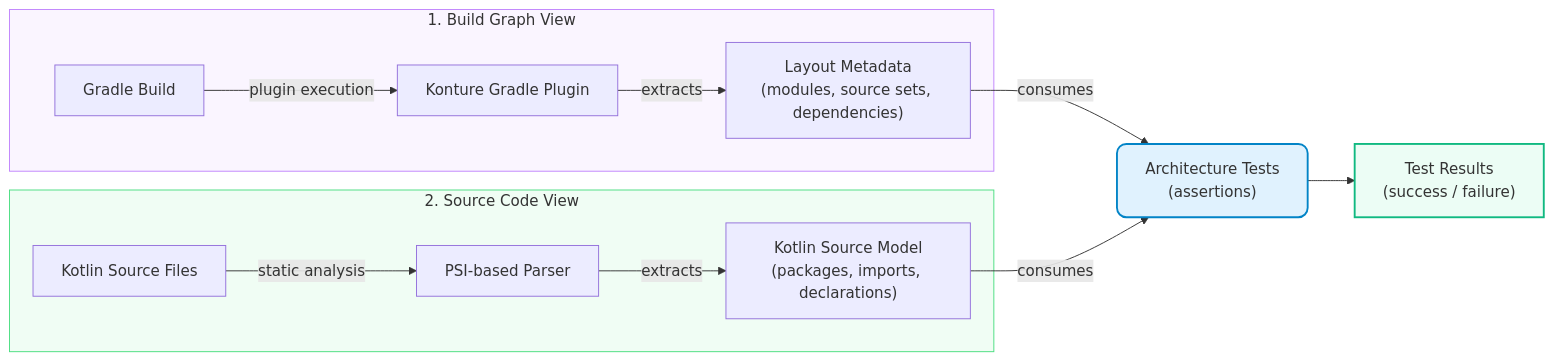
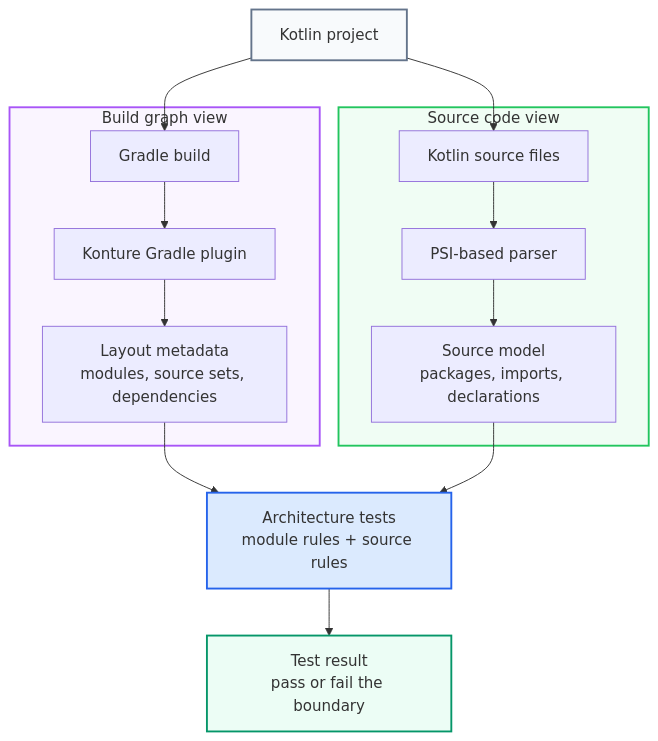
The first of 2 diagrams in docs/articles/kotlin-architecture-tests-why-konture-exists.md (baole/konture), drawn with Mermaid before and after one commit. The commit also changed other lines of this file and 13 other files, not shown here.

````diff
--- a/docs/articles/kotlin-architecture-tests-why-konture-exists.md
+++ b/docs/articles/kotlin-architecture-tests-why-konture-exists.md
@@ -128,21 +131,31 @@
 ```mermaid
-flowchart LR
-    subgraph GradleView ["1. Build Graph View"]
-        GB["Gradle Build"] -->|plugin execution| KP["Konture Gradle Plugin"]
-        KP -->|extracts| LM["Layout Metadata<br/>(modules, source sets, dependencies)"]
+flowchart TB
+    Start["Kotlin project"]
+
+    subgraph BuildView ["Build graph view"]
+        GB["Gradle build"]
+        KP["Konture Gradle plugin"]
+        LM["Layout metadata<br/>modules, source sets, dependencies"]
+        GB --> KP --> LM
     end
 
-    subgraph SourceView ["2. Source Code View"]
-        KF["Kotlin Source Files"] -->|static analysis| PA["PSI-based Parser"]
-        PA -->|extracts| SM["Kotlin Source Model<br/>(packages, imports, declarations)"]
+    subgraph SourceView ["Source code view"]
+        KF["Kotlin source files"]
+        PA["PSI-based parser"]
+        SM["Source model<br/>packages, imports, declarations"]
+        KF --> PA --> SM
     end
 
-    LM -->|consumes| AT["Architecture Tests<br/>(assertions)"]
-    SM -->|consumes| AT
-    AT --> TR["Test Results<br/>(success / failure)"]
+    Start --> GB
+    Start --> KF
 
-    style GradleView fill:#faf5ff,stroke:#c084fc,stroke-width:1px
-    style SourceView fill:#f0fdf4,stroke:#4ade80,stroke-width:1px
-    style AT fill:#e0f2fe,stroke:#0284c7,stroke-width:2px,rx:10px
-    style TR fill:#ecfdf5,stroke:#10b981,stroke-width:2px
+    LM --> AT["Architecture tests<br/>module rules + source rules"]
+    SM --> AT
+    AT --> TR["Test result<br/>pass or fail the boundary"]
+
+    style Start fill:#f8fafc,stroke:#64748b,stroke-width:2px
+    style BuildView fill:#faf5ff,stroke:#a855f7,stroke-width:2px
+    style SourceView fill:#f0fdf4,stroke:#22c55e,stroke-width:2px
+    style AT fill:#dbeafe,stroke:#2563eb,stroke-width:2px
+    style TR fill:#ecfdf5,stroke:#059669,stroke-width:2px
 ```
````
